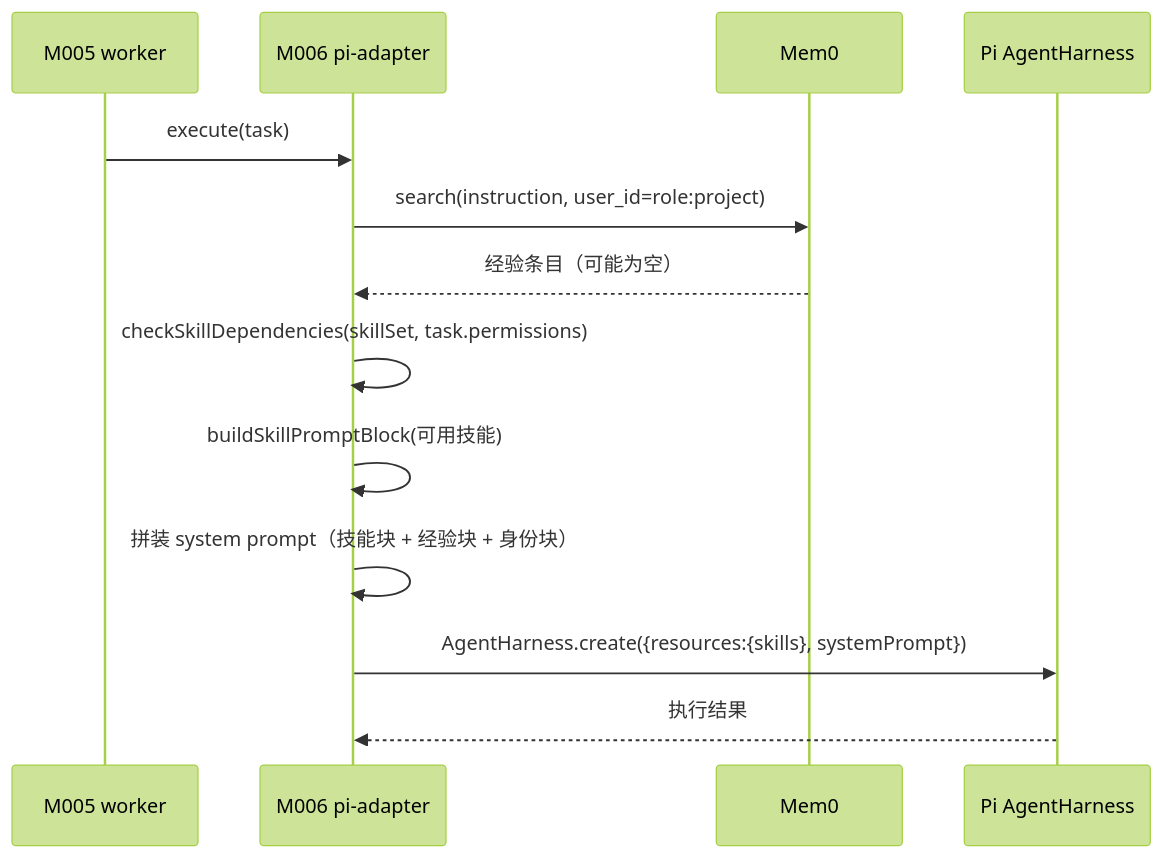
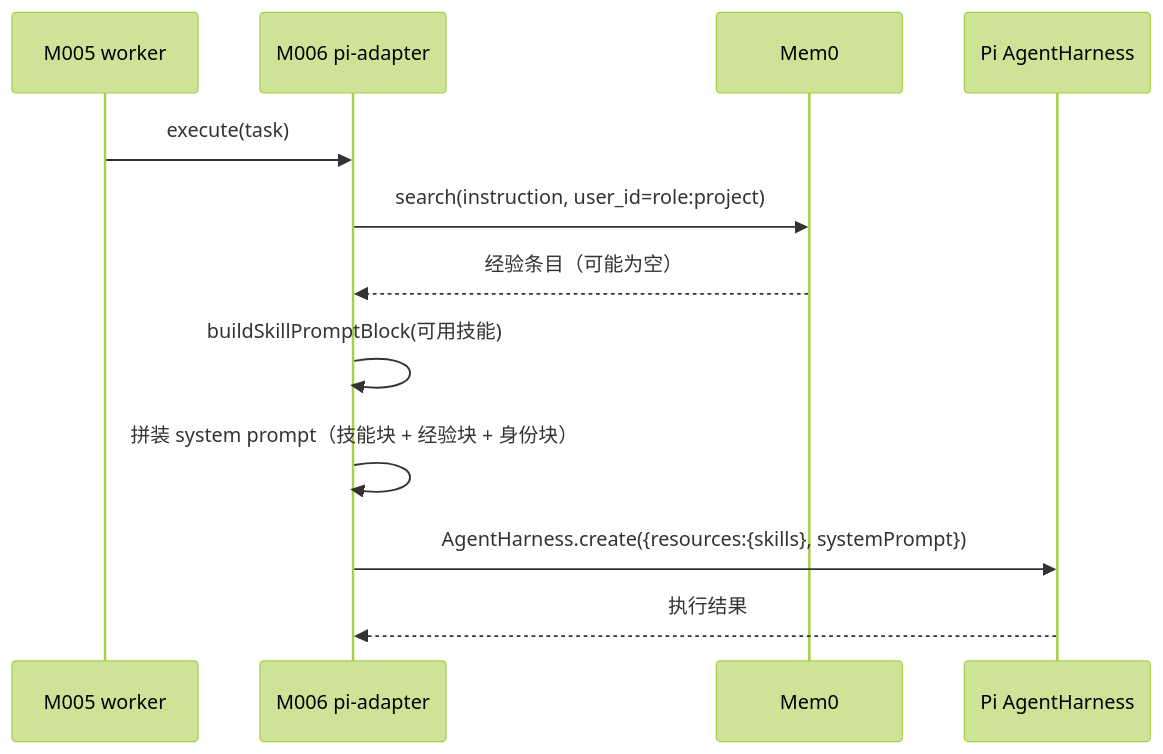
The fourth of 4 diagrams in docs/20_system_design/mechanisms/piko-skill-system.md (corezilla/piko), drawn with Mermaid (forest theme) before and after one commit. The commit also changed other lines of this file and 2 other files, not shown here.

````diff
--- a/docs/20_system_design/mechanisms/piko-skill-system.md
+++ b/docs/20_system_design/mechanisms/piko-skill-system.md
@@ -1063,16 +1040,15 @@
 ```mermaid
 sequenceDiagram
   participant W as M005 worker
   participant P as M006 pi-adapter
   participant M as Mem0
   participant H as Pi AgentHarness
 
   W->>P: execute(task)
   P->>M: search(instruction, user_id=role:project)
   M-->>P: 经验条目（可能为空）
-  P->>P: checkSkillDependencies(skillSet, task.permissions)
   P->>P: buildSkillPromptBlock(可用技能)
   P->>P: 拼装 system prompt（技能块 + 经验块 + 身份块）
   P->>H: AgentHarness.create({resources:{skills}, systemPrompt})
   H-->>P: 执行结果
 ```
````
